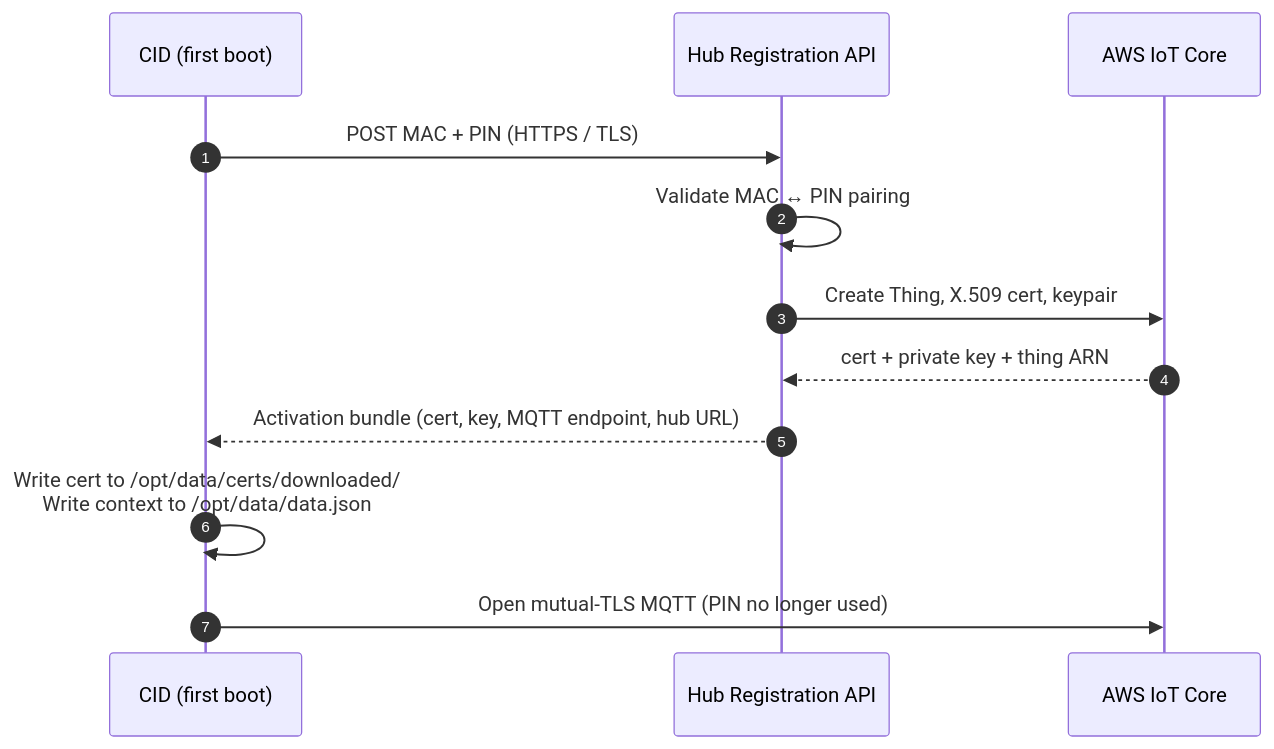
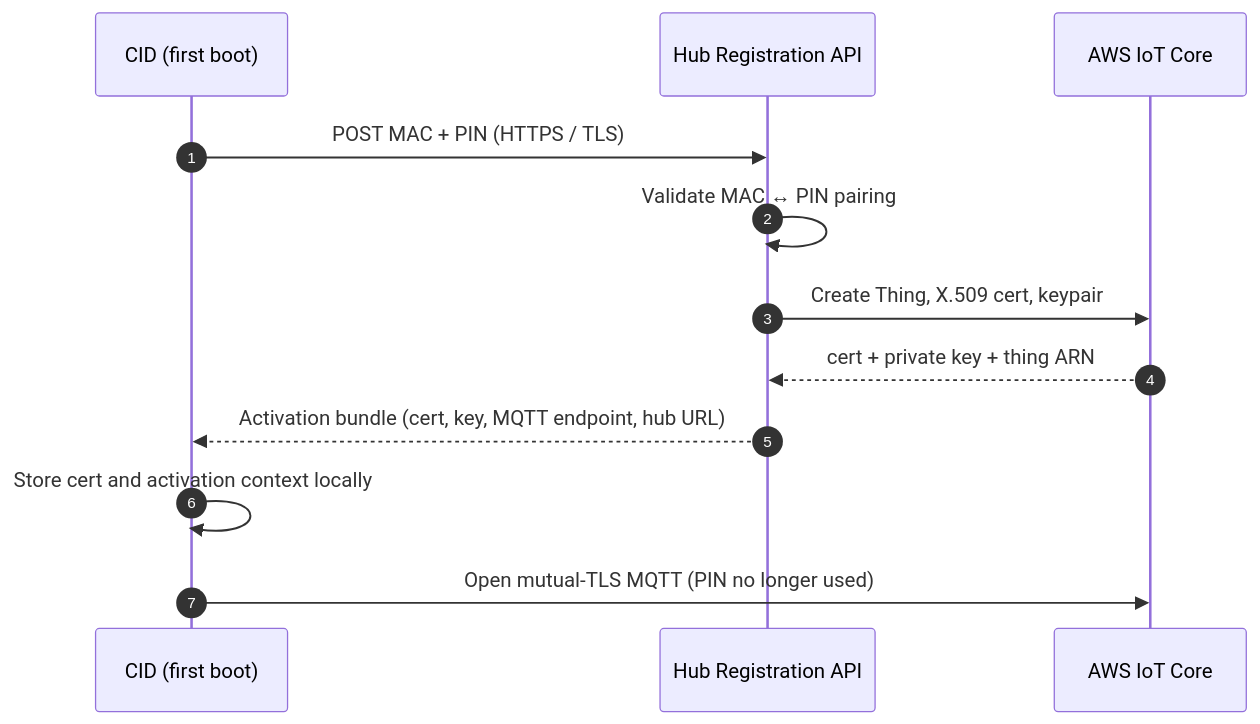
One commit to bheemboy/cid-docs changed the first of 3 diagrams in docs/security/security-model.md. Above: the diagram before and after it, drawn with Mermaid. The commit also changed other lines of this file and 4 other files, not shown here.

````diff
--- a/docs/security/security-model.md
+++ b/docs/security/security-model.md
@@ -85,14 +85,14 @@
 ```mermaid
 sequenceDiagram
     autonumber
     participant CID as CID (first boot)
     participant Hub as Hub Registration API
     participant IoT as AWS IoT Core
     CID->>Hub: POST MAC + PIN (HTTPS / TLS)
     Hub->>Hub: Validate MAC ↔ PIN pairing
     Hub->>IoT: Create Thing, X.509 cert, keypair
     IoT-->>Hub: cert + private key + thing ARN
     Hub-->>CID: Activation bundle (cert, key, MQTT endpoint, hub URL)
-    CID->>CID: Write cert to /opt/data/certs/downloaded/<br/>Write context to /opt/data/data.json
+    CID->>CID: Store cert and activation context locally
     CID->>IoT: Open mutual-TLS MQTT (PIN no longer used)
 ```
````
